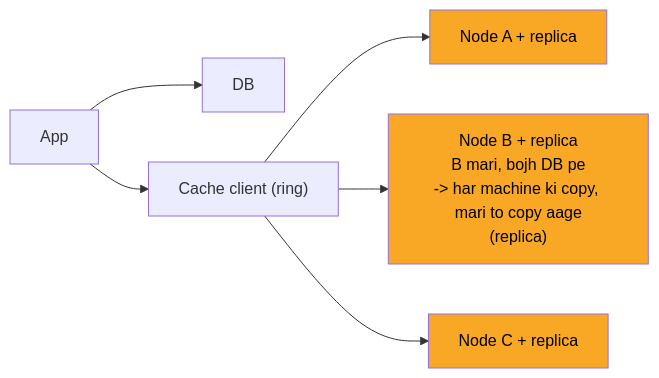
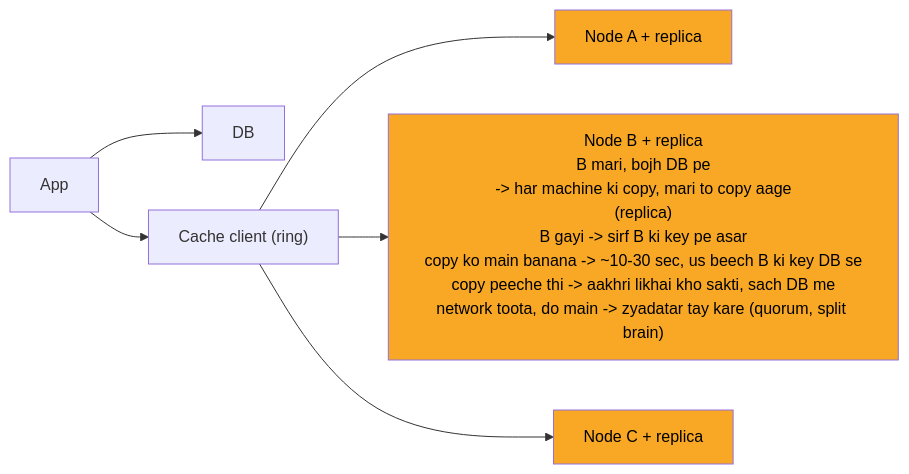
The fourth of 8 diagrams in 04_HLD/SYSTEM_DESIGNS/10_distributed_cache/10_distributed_cache.md (ArpanMaheshwari144/Prep), drawn with Mermaid before and after one commit. The commit also changed other lines of this file and 12 other files, not shown here.

Commit message:
hld 02-14: peele dabbe me SAFAR ke mod + diagram chauda (wrappingWidth 450)

````diff
--- a/04_HLD/SYSTEM_DESIGNS/10_distributed_cache/10_distributed_cache.md
+++ b/04_HLD/SYSTEM_DESIGNS/10_distributed_cache/10_distributed_cache.md
@@ -176,17 +179,18 @@
 ```mermaid
+%%{init: {"flowchart": {"wrappingWidth": 450}}}%%
 flowchart LR
     n_App["App"]
     n_DB["DB"]
     n_Cache_client["Cache client (ring)"]
     n_Node_A_replica["Node A + replica"]
-    n_Node_B_replica["Node B + replica<br/>B mari, bojh DB pe<br/>-> har machine ki copy, mari to copy aage<br/>(replica)"]
+    n_Node_B_replica["Node B + replica<br/>B mari, bojh DB pe<br/>-> har machine ki copy, mari to copy aage<br/>(replica)<br/>B gayi -> sirf B ki key pe asar<br/>copy ko main banana -> ~10-30 sec, us beech B ki key DB se<br/>copy peeche thi -> aakhri likhai kho sakti, sach DB me<br/>network toota, do main -> zyadatar tay kare (quorum, split brain)"]
     n_Node_C_replica["Node C + replica"]
     n_App --> n_DB
     n_App --> n_Cache_client
     n_Cache_client --> n_Node_A_replica
     n_Cache_client --> n_Node_B_replica
     n_Cache_client --> n_Node_C_replica
     style n_Node_A_replica fill:#f9a825,color:#000
     style n_Node_B_replica fill:#f9a825,color:#000
     style n_Node_C_replica fill:#f9a825,color:#000
 ```
````
